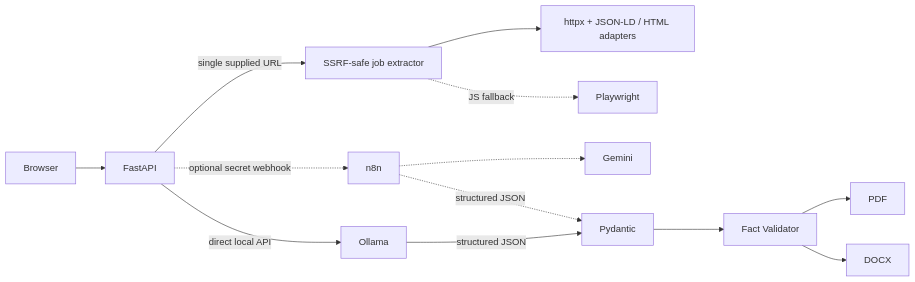
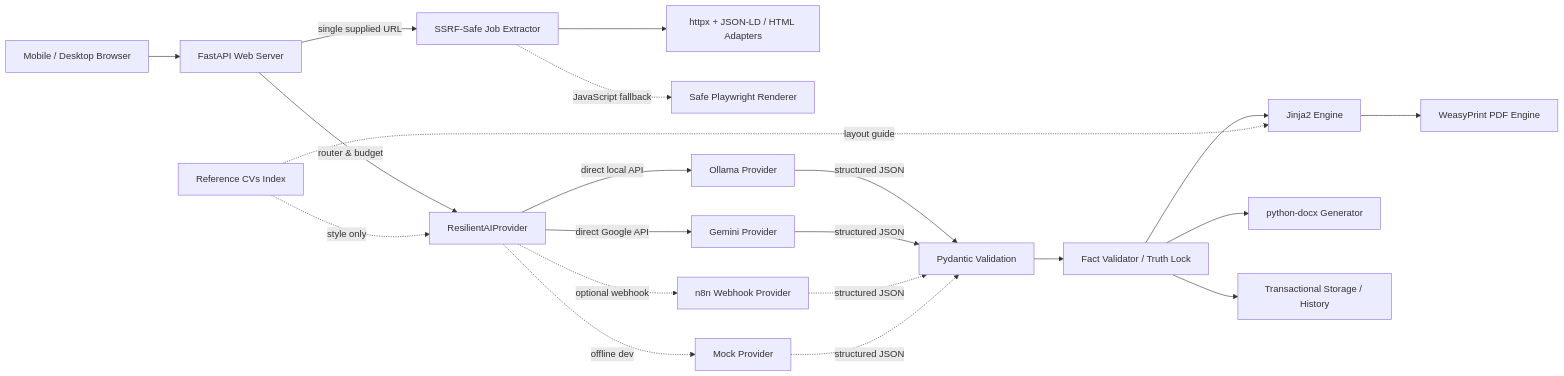
The diagram in README.md (Rafalbanas/ai-resume-tailoring-platform), drawn with Mermaid before and after one commit. The commit also changed other lines of this file and 5 other files, not shown here.

````diff
--- a/README.md
+++ b/README.md
@@ -22,15 +19,23 @@
 ```mermaid
 flowchart LR
-    Browser --> FastAPI
-    FastAPI -->|single supplied URL| Extractor[SSRF-safe job extractor]
-    Extractor --> HTTPX[httpx + JSON-LD / HTML adapters]
-    Extractor -. JS fallback .-> PW[Playwright]
-    FastAPI -->|direct local API| Ollama
-    FastAPI -. optional secret webhook .-> n8n
-    n8n -.-> Gemini
-    Ollama -->|structured JSON| Pydantic
-    n8n -. structured JSON .-> Pydantic
-    Pydantic --> Validator[Fact Validator]
-    Validator --> PDF
-    Validator --> DOCX
+    Browser[Mobile / Desktop Browser] --> FastAPI[FastAPI Web Server]
+    FastAPI -->|single supplied URL| Extractor[SSRF-Safe Job Extractor]
+    Extractor --> HTTPX[httpx + JSON-LD / HTML Adapters]
+    Extractor -. JavaScript fallback .-> PW[Safe Playwright Renderer]
+    FastAPI -->|router & budget| Router[ResilientAIProvider]
+    Router -->|direct local API| Ollama[Ollama Provider]
+    Router -->|direct Google API| Gemini[Gemini Provider]
+    Router -. optional webhook .-> N8N[n8n Webhook Provider]
+    Router -. offline dev .-> Mock[Mock Provider]
+    Ollama -->|structured JSON| Pydantic[Pydantic Validation]
+    Gemini -->|structured JSON| Pydantic
+    N8N -. structured JSON .-> Pydantic
+    Mock -. structured JSON .-> Pydantic
+    Pydantic --> TruthLock[Fact Validator / Truth Lock]
+    TruthLock --> Jinja[Jinja2 Engine]
+    RefCV[Reference CVs Index] -. style only .-> Router
+    RefCV -. layout guide .-> Jinja
+    Jinja --> PDF[WeasyPrint PDF Engine]
+    TruthLock --> DOCX[python-docx Generator]
+    TruthLock --> Storage[Transactional Storage / History]
 ```
````
